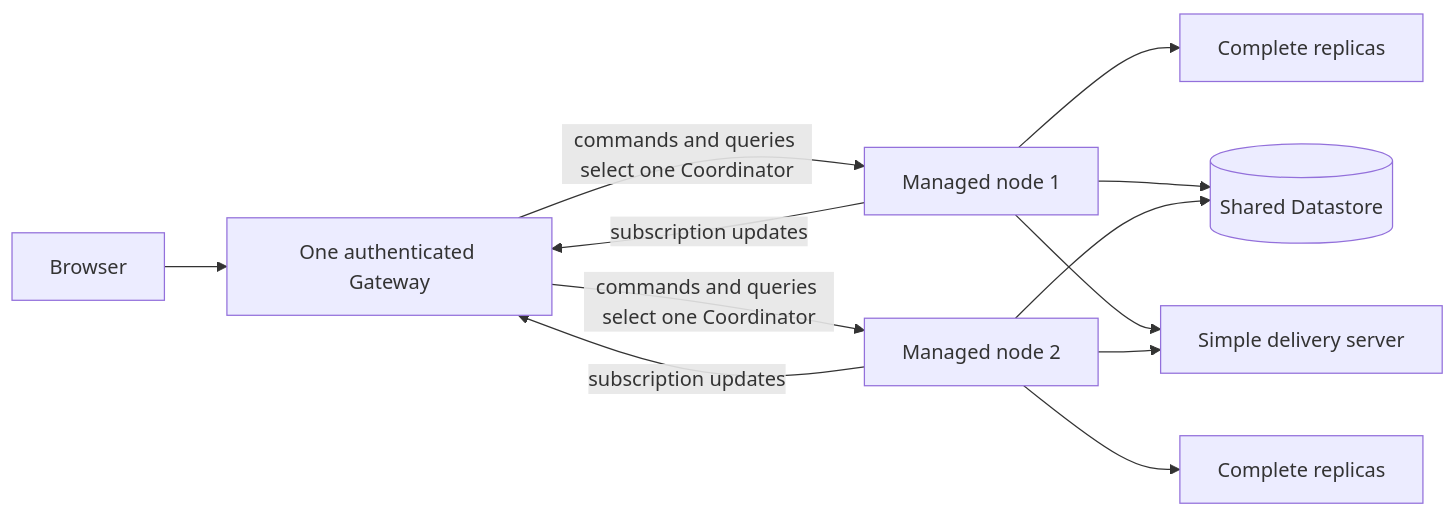
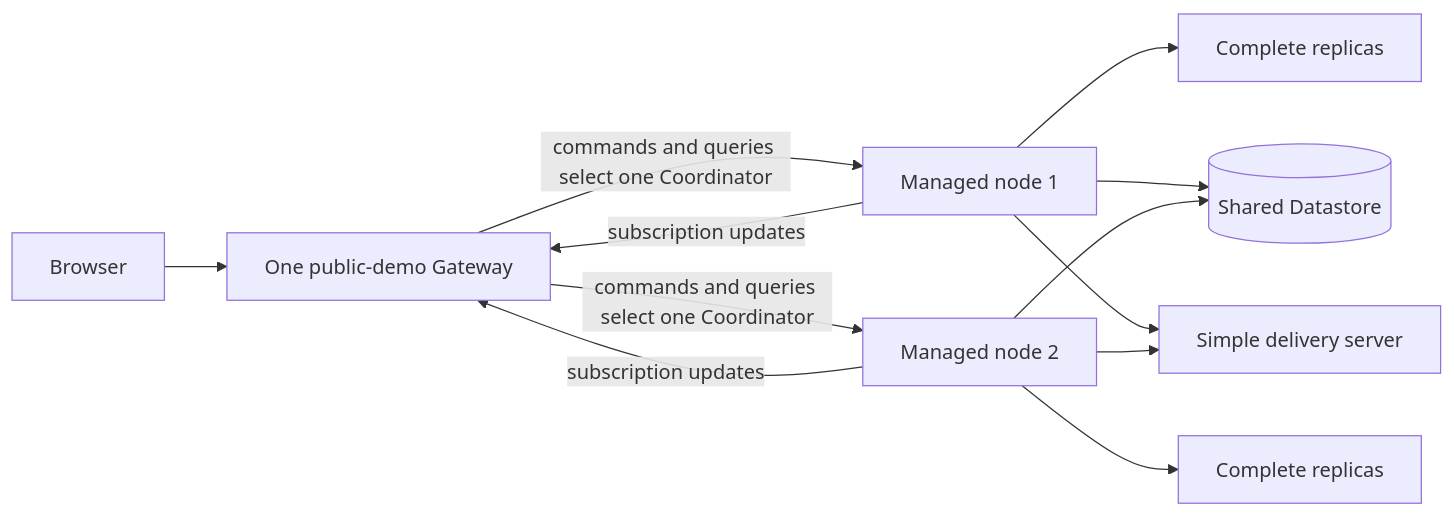
Before and after one commit to SpineEventEngine/spine-ts: the diagram in examples/distributed-message-board/README.md, drawn with Mermaid. The commit also changed other lines of this file and 40 other files, not shown here.

````diff
--- a/examples/distributed-message-board/README.md
+++ b/examples/distributed-message-board/README.md
@@ -7,14 +7,14 @@
 ```mermaid
 flowchart LR
-  Browser --> Gateway[One authenticated Gateway]
+  Browser --> Gateway[One public-demo Gateway]
   Gateway -->|commands and queries select one Coordinator| AppOne[Managed node 1]
   Gateway -->|commands and queries select one Coordinator| AppTwo[Managed node 2]
   AppOne --> ReplicaOne[Complete replicas]
   AppTwo --> ReplicaTwo[Complete replicas]
   AppOne --> Store[(Shared Datastore)]
   AppTwo --> Store
   AppOne --> Delivery[Simple delivery server]
   AppTwo --> Delivery
   AppOne -->|subscription updates| Gateway
   AppTwo -->|subscription updates| Gateway
 ```
````
